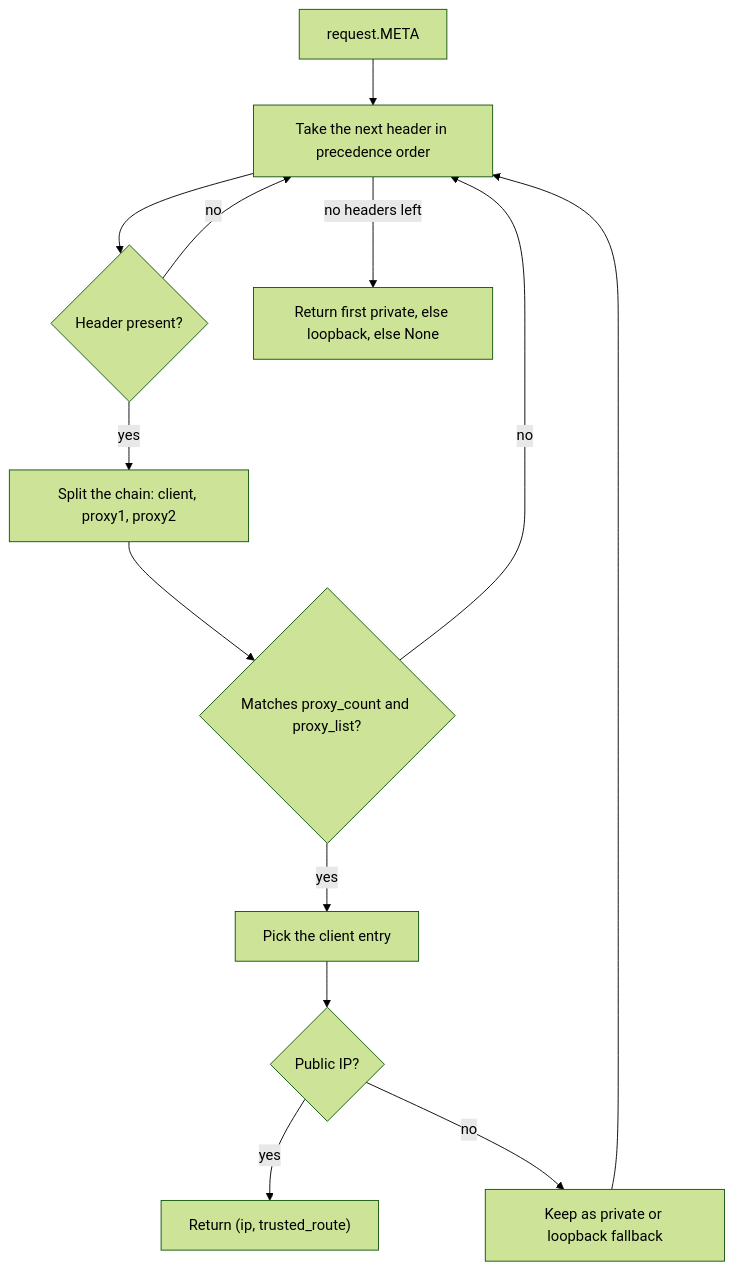
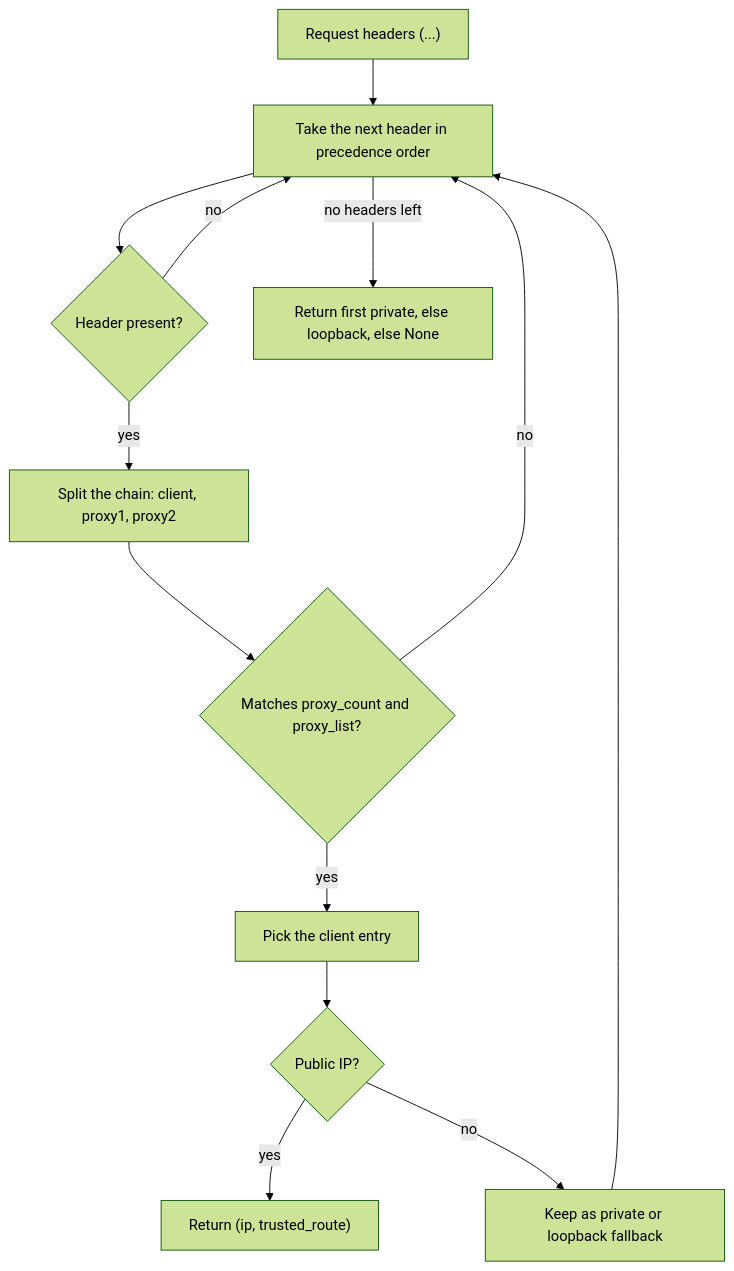
Before and after one commit to un33k/python-ipware: the third of 6 diagrams in README.md, drawn with Mermaid (forest theme). The commit also changed other lines of this file, not shown here.

Commit message:
README: keep diagrams framework-neutral (drop Django-specific request.META)

````diff
--- a/README.md
+++ b/README.md
@@ -102,15 +102,15 @@
 ```mermaid
 flowchart TD
-    A["request.META"] --> B["Take the next header in precedence order"]
+    A["Request headers (...)"] --> B["Take the next header in precedence order"]
     B --> C{"Header present?"}
     C -->|no| B
     C -->|yes| D["Split the chain: client, proxy1, proxy2"]
     D --> E{"Matches proxy_count and proxy_list?"}
     E -->|no| B
     E -->|yes| F["Pick the client entry"]
     F --> G{"Public IP?"}
     G -->|yes| H["Return (ip, trusted_route)"]
     G -->|no| I["Keep as private or loopback fallback"]
     I --> B
     B -->|no headers left| J["Return first private, else loopback, else None"]
 ```
````
